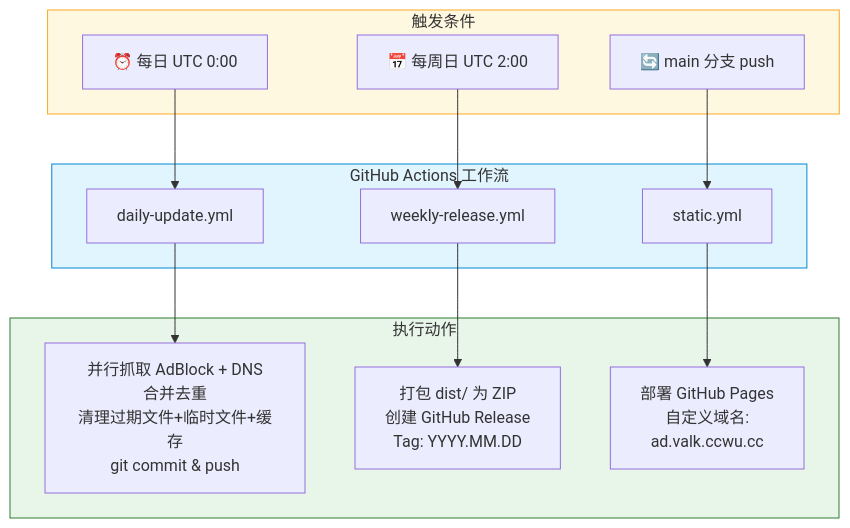
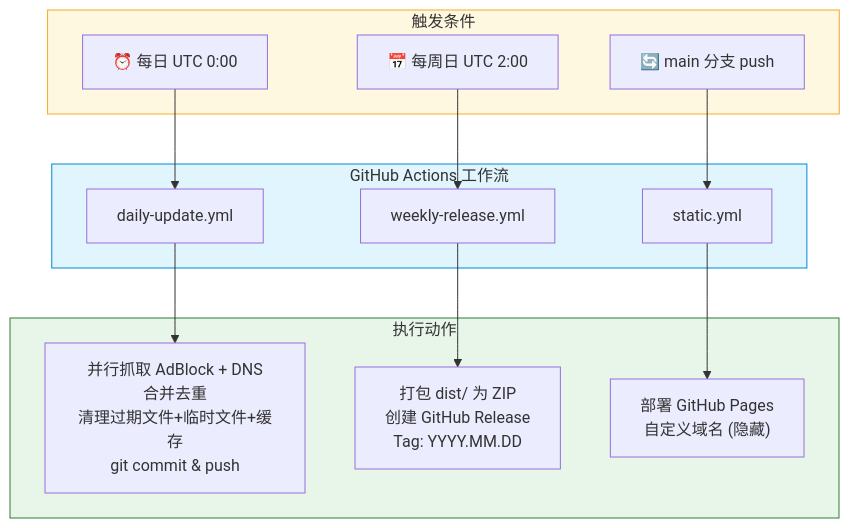
Before and after one commit to Chaniug/FilterFusion: the third of 5 diagrams in docs/PROJECT_DOCS.md, drawn with Mermaid. The commit also changed other lines of this file and 1 other file, not shown here.

````diff
--- a/docs/PROJECT_DOCS.md
+++ b/docs/PROJECT_DOCS.md
@@ -416,28 +416,28 @@
 ```mermaid
 flowchart TB
     subgraph TRIGGERS["触发条件"]
         T1["⏰ 每日 UTC 0:00"]
         T2["📅 每周日 UTC 2:00"]
         T3["🔄 main 分支 push"]
     end
 
     subgraph WORKFLOWS["GitHub Actions 工作流"]
         W1["daily-update.yml"]
         W2["weekly-release.yml"]
         W3["static.yml"]
     end
 
     subgraph ACTIONS["执行动作"]
         A1["并行抓取 AdBlock + DNS<br/>合并去重<br/>清理过期文件+临时文件+缓存<br/>git commit & push"]
         A2["打包 dist/ 为 ZIP<br/>创建 GitHub Release<br/>Tag: YYYY.MM.DD"]
-        A3["部署 GitHub Pages<br/>自定义域名:<br/>ad.valk.ccwu.cc"]
+        A3["部署 GitHub Pages<br/>自定义域名 (隐藏)"]
     end
 
     T1 --> W1 --> A1
     T2 --> W2 --> A2
     T3 --> W3 --> A3
 
     style TRIGGERS fill:#fff8e1,stroke:#f9a825
     style WORKFLOWS fill:#e1f5fe,stroke:#0288d1
     style ACTIONS fill:#e8f5e9,stroke:#2e7d32
 ```
````
